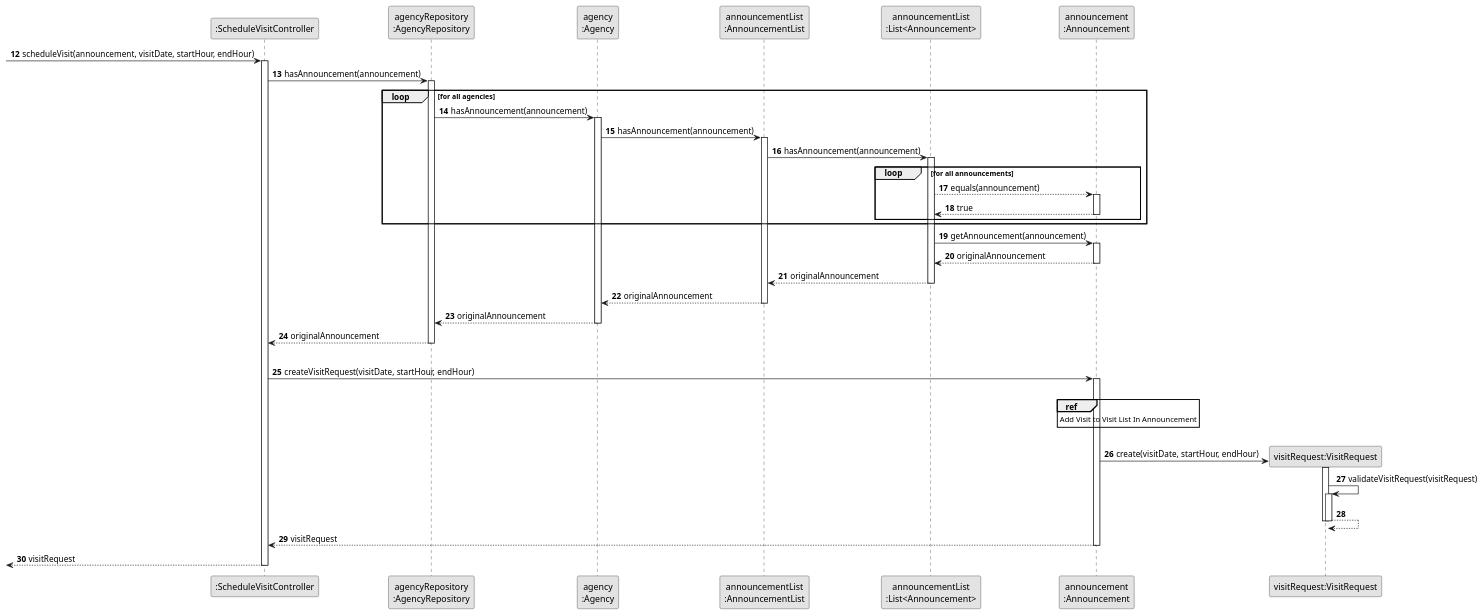
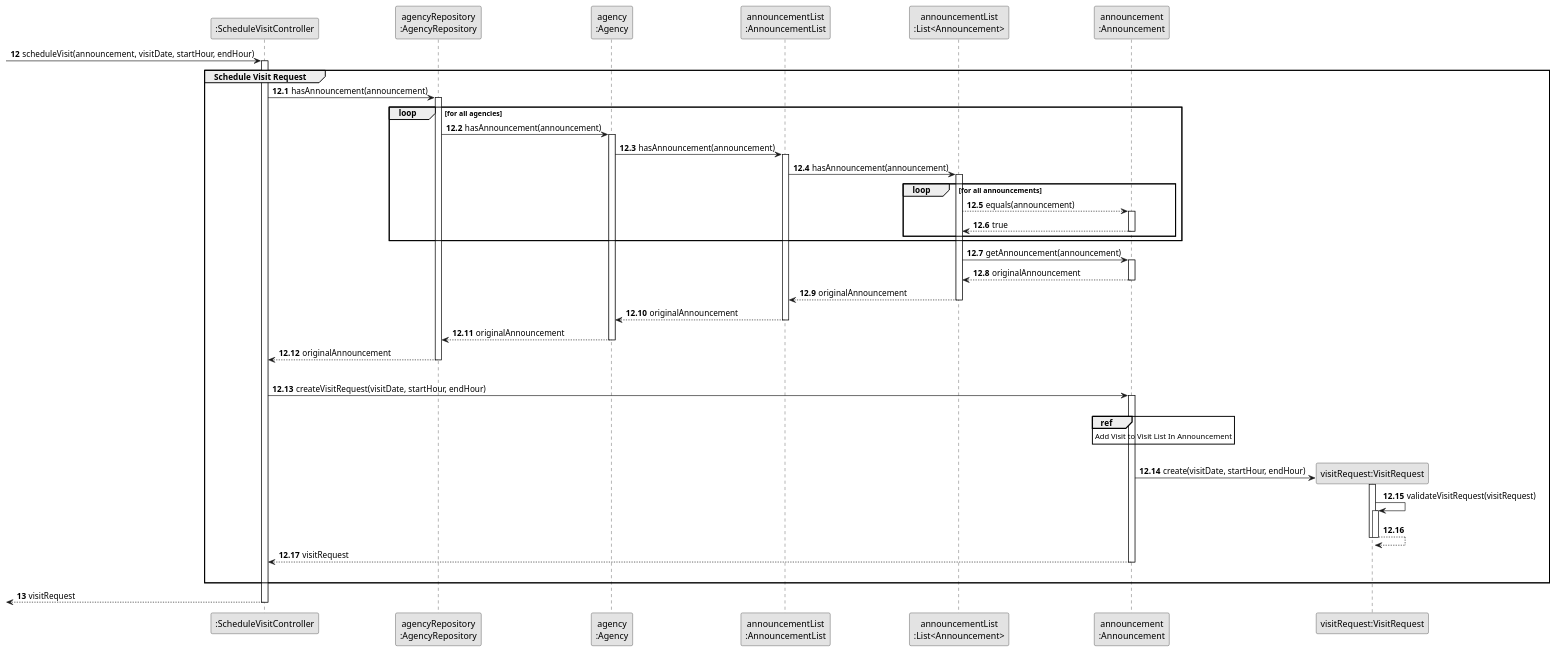
The diagram in docs/sprintC/us009/03.design/puml/us009-sequence-diagram-partial-schedule-visit-request.puml (rita-barbosa/LAPR2-2223), drawn with PlantUML before and after one commit. The commit also changed 2 other files, not shown here.

Commit message:
visit scheduling related partial SD's update [US009] [Design]

```diff
--- a/docs/sprintC/us009/03.design/puml/us009-sequence-diagram-partial-schedule-visit-request.puml
+++ b/docs/sprintC/us009/03.design/puml/us009-sequence-diagram-partial-schedule-visit-request.puml
@@ -1,97 +1,104 @@
 @startuml
 skinparam monochrome true
 skinparam packageStyle rectangle
 skinparam shadowing false
 
 
 participant ":ScheduleVisitController" as CTRL
 participant "agencyRepository\n:AgencyRepository" as AgencyRepository
 participant "agency\n:Agency" as AGC
 participant "announcementList\n:AnnouncementList" as LISTCLASS
 participant "announcementList\n:List<Announcement>" as ANCLIST
 participant "announcement\n:Announcement" as ANNOUNCE
 participant "visitRequest:VisitRequest" as VREQUEST
 
 autonumber 12
 
     -> CTRL : scheduleVisit(announcement, visitDate, startHour, endHour)
     activate CTRL
+
+    autonumber 12.1
+
+    group Schedule Visit Request
+
 
     CTRL -> AgencyRepository : hasAnnouncement(announcement)
     activate AgencyRepository
 
     loop for all agencies
 
         AgencyRepository -> AGC : hasAnnouncement(announcement)
         activate AGC
 
         AGC -> LISTCLASS : hasAnnouncement(announcement)
 
         activate LISTCLASS
 
         LISTCLASS -> ANCLIST : hasAnnouncement(announcement)
 
         loop for all announcements
 
             activate ANCLIST
 
             ANCLIST --> ANNOUNCE : equals(announcement)
 
             activate ANNOUNCE
 
                 ANNOUNCE --> ANCLIST : true
             deactivate ANNOUNCE
 
         end loop
 
     end loop
 
         ANCLIST -> ANNOUNCE : getAnnouncement(announcement)
         activate ANNOUNCE
 
             ANNOUNCE --> ANCLIST : originalAnnouncement
         deactivate ANNOUNCE
 
             ANCLIST --> LISTCLASS : originalAnnouncement
         deactivate ANCLIST
 
             LISTCLASS --> AGC : originalAnnouncement
         deactivate LISTCLASS
 
             AGC --> AgencyRepository : originalAnnouncement
         deactivate AGC
 
             AgencyRepository --> CTRL : originalAnnouncement
         deactivate AgencyRepository
     |||
     CTRL -> ANNOUNCE : createVisitRequest(visitDate, startHour, endHour)
     activate ANNOUNCE
 
     |||
      ref over ANNOUNCE
         Add Visit to Visit List In Announcement
      end ref
     |||
 
     ANNOUNCE -> VREQUEST** : create(visitDate, startHour, endHour)
 
      activate VREQUEST
 
      VREQUEST -> VREQUEST : validateVisitRequest(visitRequest)
      activate VREQUEST
 
         VREQUEST --> VREQUEST
      deactivate VREQUEST
 
 
      deactivate VREQUEST
 
         ANNOUNCE --> CTRL : visitRequest
     deactivate ANNOUNCE
+    |||
+    end group
+
+ autonumber 13
 
         <-- CTRL : visitRequest
     deactivate CTRL
 
-autonumber 13
-
 @enduml
```
